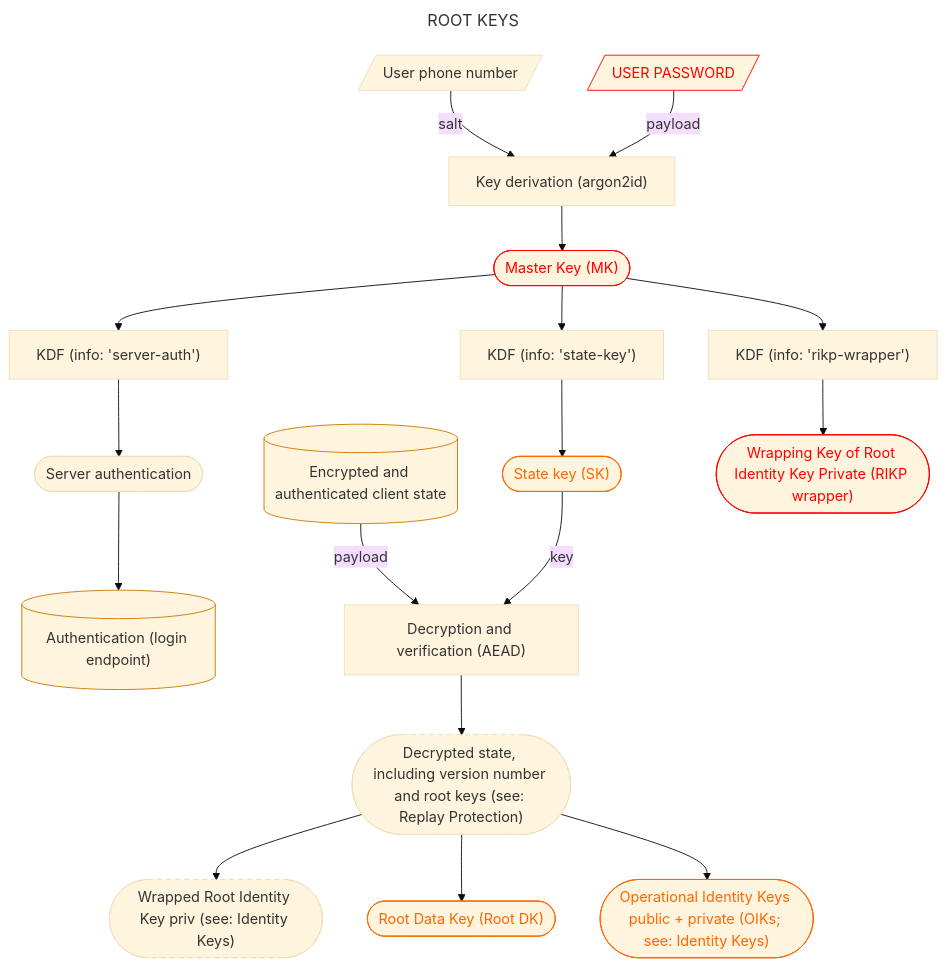
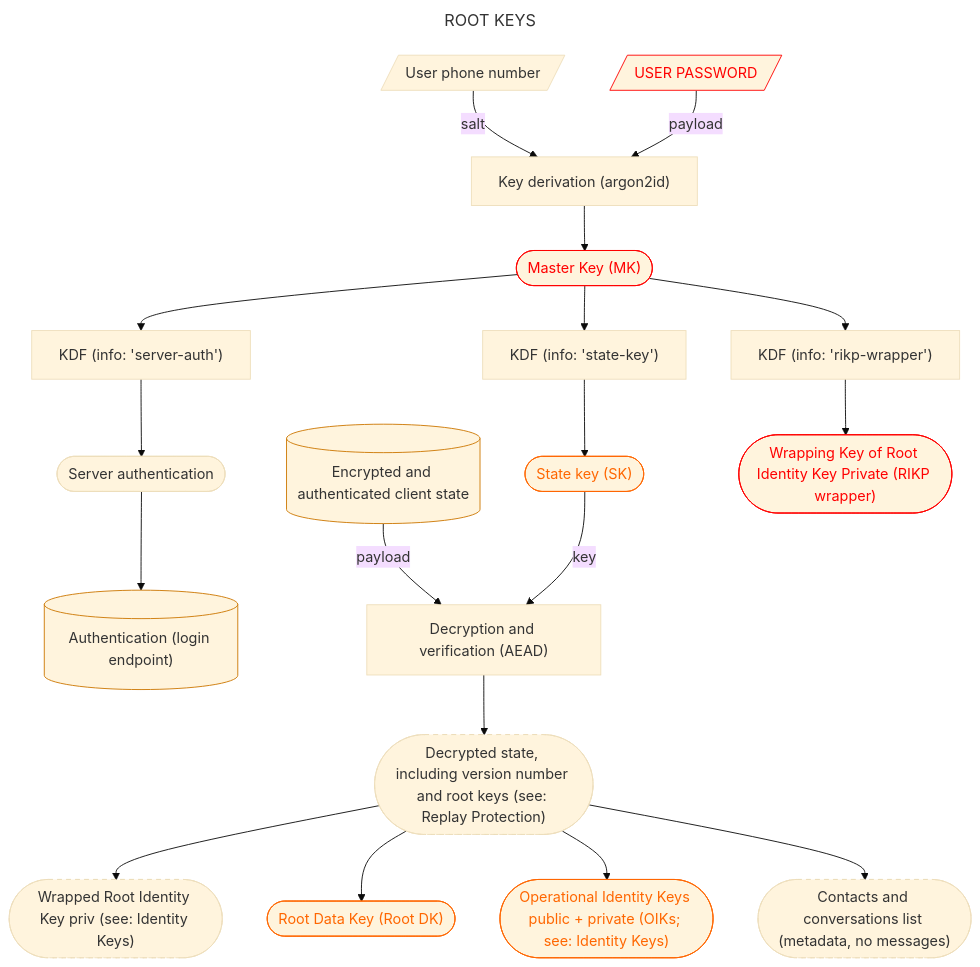
One commit to noIdeaForTheUsername/chat changed the diagram in crypto-protocol/root-keys.mmd. Above: the diagram before and after it, drawn with Mermaid (base theme). The commit also changed 4 other files, not shown here.

```diff
--- a/crypto-protocol/root-keys.mmd
+++ b/crypto-protocol/root-keys.mmd
@@ -1,59 +1,61 @@
 ---
 title: ROOT KEYS
 --- 
 %% Made in Mermaid (https://mermaid.live)
 %% DESCRIPTION: This diagram shows how all the root keys are computed and stored. The lower-hierarchy keys and data are not shown here - they have separate diagrams.
 %% DIAGRAM SUMMARY: A password-derived Master Key is used to decrypt and verify the server-stored client state, which includes 2 root keys: Root DK (Data Key) and Root IK (Identity Key).
 
 %% SHAPES:
 %% - Rectangles mean operations/algorithms
 %% - Rounded rectangles mean data
 %% - Dashed borders mean that the diagram ends there, but the logic does not and more detailed info can be found elsewhere
 %% - Parallelograms mean user input from UI
 %% COLORS:
 %% - Red means the most-confidential secrets that are never stored persistently in plaintexts, and should only be computed by the client when really needed (which isn't needed often). A compromise means that the account cannot be secured anymore and should be completely deleted and re-created.
 %% - Orange means secrets that still allow access to the account's private data, however, security of the FUTURE data can still be restored by choosing new keys if the current ones leak (assuming nothing "red" was leaked). "Orange" secrets might need to be stored persistently to allow access.
 
 flowchart TB
     classDef red color:#f00,stroke:#f00
     classDef orange color:#f60,stroke:#f60
     classDef dashed stroke-dasharray: 5 5
     classDef serverStored stroke:#C70
 
     %% SERVER
     authenticationEndpoint[("Authentication (login endpoint)")]
     encState[("Encrypted and authenticated client state")]
     class authenticationEndpoint,encState,userAccount serverStored
 
     %% SERVER-CLIENT TRANSFERS
     encState -->|payload| stateAead
     serverAuth --> authenticationEndpoint
     
 
     %% PASSWORD KEY DERIVIATION (to decrypt state)
     login[/"User phone number"/] -->|salt| passDeriv["`Key derivation (argon2id)`"]
     pass[/USER PASSWORD/] -->|payload| passDeriv
     passDeriv --> mk(["Master Key (MK)"])
     mk --> stateKdf["KDF (info: 'state-key')"]
     stateKdf --> stateKey(["State key (SK)"])
     stateKey -->|key| stateAead["Decryption and verification (AEAD)"]
     stateAead --> state(["Decrypted state, including version number and root keys (see: Replay Protection)"])
     class pass,mk red
     class stateKey orange
     class state dashed
 
     %% Additional password-derived data
     mk --> serverAuthKdf["KDF (info: 'server-auth')"]
     serverAuthKdf --> serverAuth(["Server authentication"])
     mk --> rootIkPrivWrappingKeyKdf["KDF (info: 'rikp-wrapper')"]
     rootIkPrivWrappingKeyKdf --> rootIkPrivWrappingKey(["Wrapping Key of Root Identity Key Private (RIKP wrapper)"])
     class rootIkPrivWrappingKey red
 
     %% IDENTITY KEYS
     state --> wrappedRootIkPriv(["Wrapped Root Identity Key priv (see: Identity Keys)"])
     class wrappedRootIkPriv,rootIkPriv dashed
 
     %% DATA
     state --> rootDk(["Root Data Key (Root DK)"])
     state --> operationalIks(["Operational Identity Keys public + private (OIKs; see: Identity Keys)"])
+    state --> metadata(["Contacts and conversations list (metadata, no messages)"])
+    class metadata dashed
     class rootDk,operationalIks orange
```
